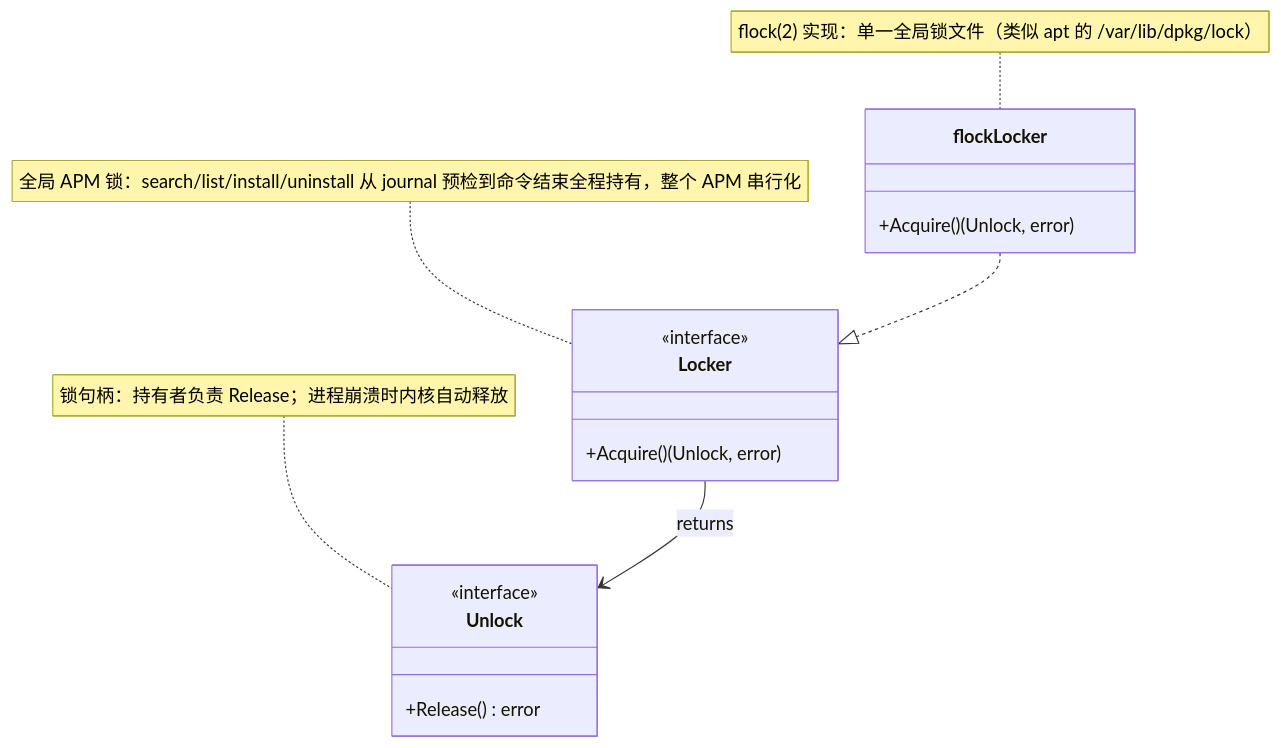
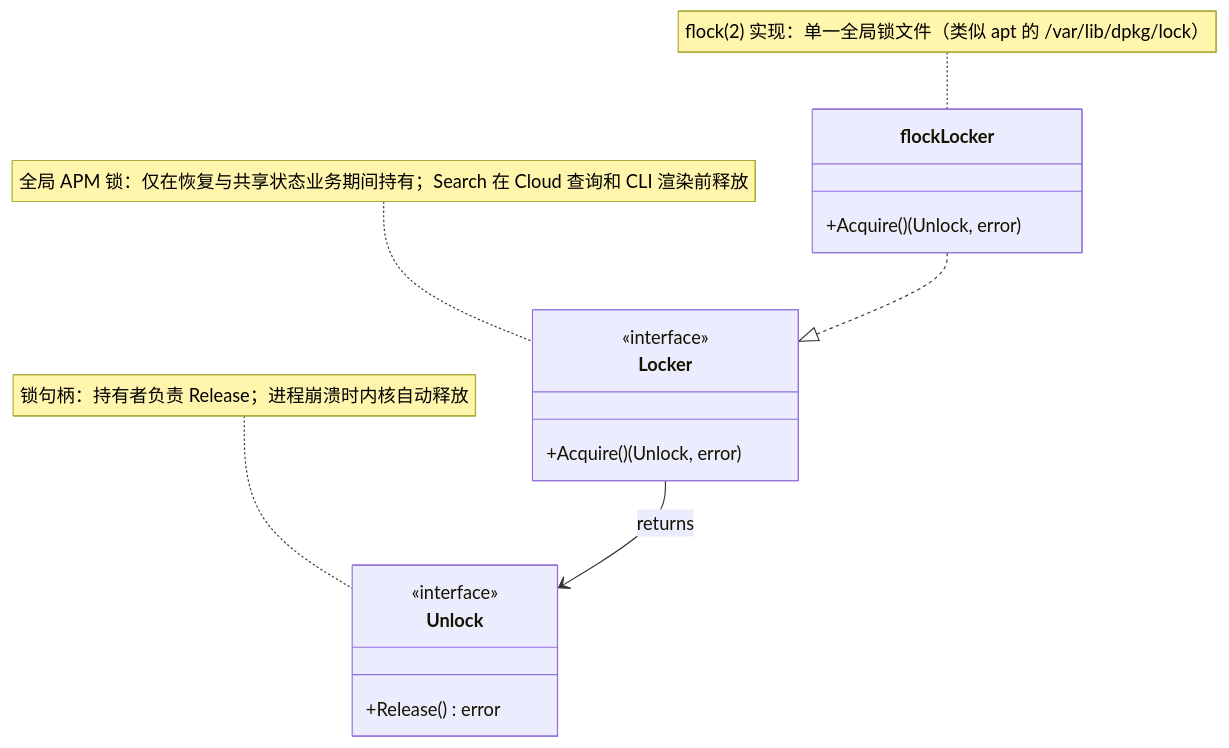
The diagram in ivory-tower/c4/components/apm-cli-diagrams/lock-manager.mmd (spacemit-com/agent-power-manager), drawn with Mermaid before and after one commit.

Commit message:
docs(search): align lock manager boundary

```diff
--- a/ivory-tower/c4/components/apm-cli-diagrams/lock-manager.mmd
+++ b/ivory-tower/c4/components/apm-cli-diagrams/lock-manager.mmd
@@ -1,20 +1,20 @@
 classDiagram
-    note for Locker "全局 APM 锁：search/list/install/uninstall 从 journal 预检到命令结束全程持有，整个 APM 串行化"
+    note for Locker "全局 APM 锁：仅在恢复与共享状态业务期间持有；Search 在 Cloud 查询和 CLI 渲染前释放"
     class Locker {
         <<interface>>
         +Acquire() (Unlock, error)
     }
 
     note for Unlock "锁句柄：持有者负责 Release；进程崩溃时内核自动释放"
     class Unlock {
         <<interface>>
         +Release() error
     }
 
     note for flockLocker "flock(2) 实现：单一全局锁文件（类似 apt 的 /var/lib/dpkg/lock）"
     class flockLocker {
         +Acquire() (Unlock, error)
     }
 
     flockLocker ..|> Locker
     Locker --> Unlock : returns
```
